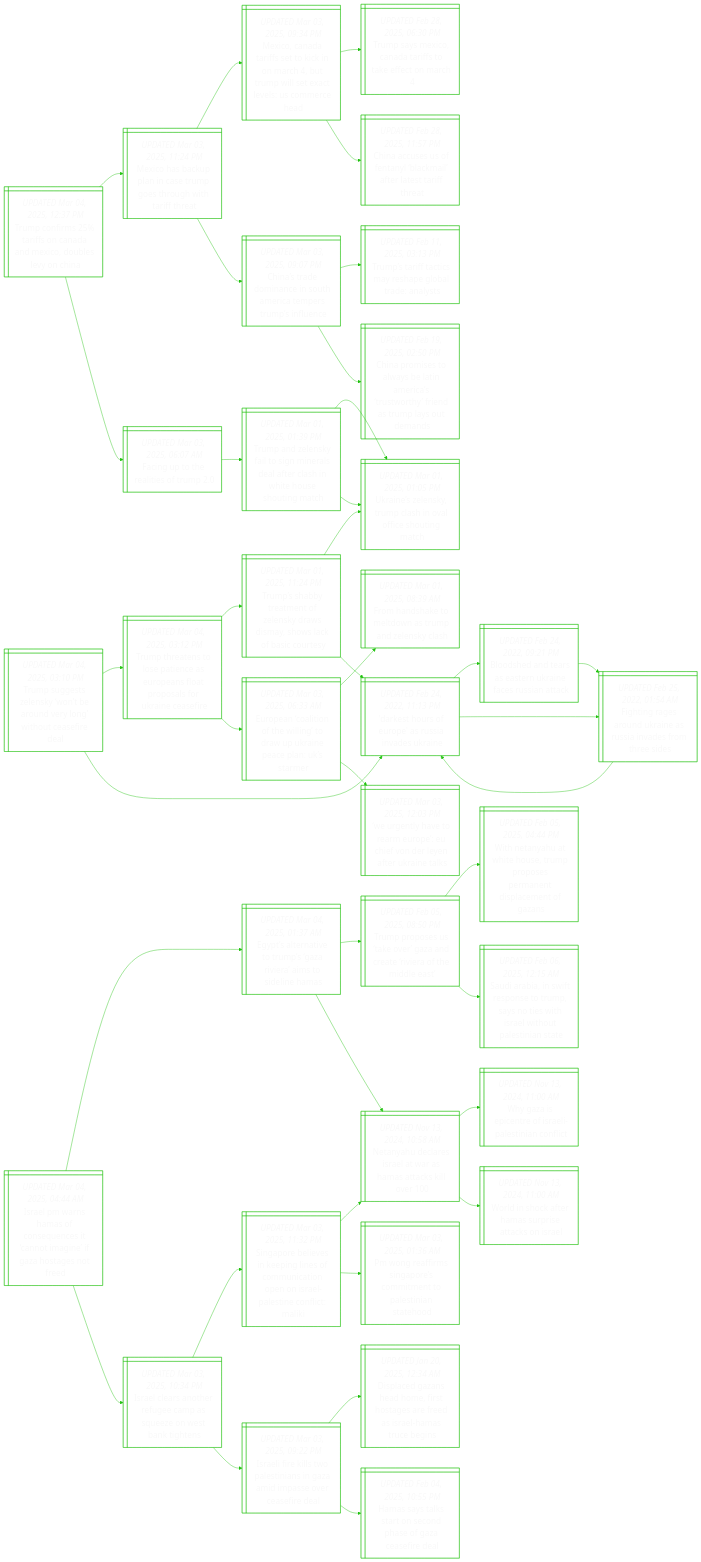
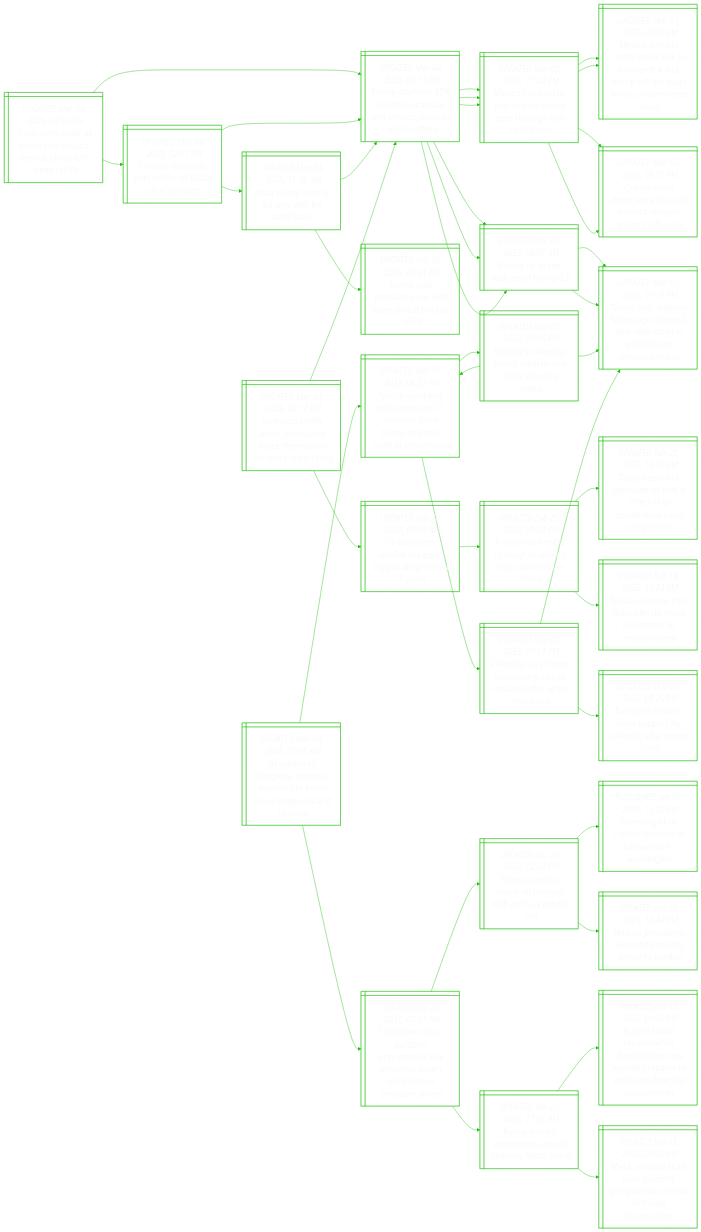
One commit to notJmes/notJmes changed the diagram in README.md. Above: the diagram before and after it, drawn with Mermaid. The commit also changed other lines of this file, not shown here.

````diff
--- a/README.md
+++ b/README.md
@@ -16,127 +16,127 @@
 flowchart LR
 classDef txtsize font-size:20px;
 
-TcrroadcbeC@{ shape: win-pane, label: "_UPDATED Mar 04, 2025, 12:37 PM_
+TwrspCacnhpf@{ shape: win-pane, label: "_UPDATED Mar 04, 2025, 07:53 PM_
+Trade wars erupt as trump hits canada, mexico, china with steep tariffs" }
+TcrroadcbeC@{ shape: win-pane, label: "_UPDATED Mar 04, 2025, 05:11 PM_
 Trump confirms 25% tariffs on canada and mexico, doubles levy on china" }
 MoapnTghhtfa@{ shape: win-pane, label: "_UPDATED Mar 03, 2025, 11:24 PM_
 Mexico has backup plan in case trump goes through with tariff threat" }
 ModieiocTwececra@{ shape: win-pane, label: "_UPDATED Mar 03, 2025, 09:34 PM_
 Mexico, canada tariffs set to kick in on march 4, but trump will set exact levels: us commerce head" }
-TseCaftfoc@{ shape: win-pane, label: "_UPDATED Feb 28, 2025, 06:30 PM_
-Trump says mexico, canada tariffs to take effect on march 4" }
-Caefalattatt@{ shape: win-pane, label: "_UPDATED Feb 28, 2025, 11:57 PM_
-China accuses us of fentanyl ‘blackmail’ after latest tariff threat" }
 Csenitresple@{ shape: win-pane, label: "_UPDATED Mar 03, 2025, 09:07 PM_
 China’s trade dominance in south america tempers trump’s influence" }
-TsftahltAs@{ shape: win-pane, label: "_UPDATED Feb 11, 2025, 03:13 PM_
-Trump’s tariff tactics may reshape global trade: analysts" }
-CpsastestheTlua@{ shape: win-pane, label: "_UPDATED Feb 19, 2025, 02:50 PM_
-China promises to always be latin america’s ‘trustworthy’ friend as trump lays out demands" }
 Fgtaer@{ shape: win-pane, label: "_UPDATED Mar 03, 2025, 06:07 AM_
 Facing up to the realities of trump 2.0" }
 TalytnretaWHsit@{ shape: win-pane, label: "_UPDATED Mar 01, 2025, 01:39 PM_
 Trump and zelensky fail to sign minerals deal after clash in white house shouting match" }
+Calstfort@{ shape: win-pane, label: "_UPDATED Mar 04, 2025, 12:11 PM_
+Canada retaliates, puts tariffs on $144b of us products" }
+TcrroadcbeC@{ shape: win-pane, label: "_UPDATED Mar 04, 2025, 05:11 PM_
+Trump confirms 25% tariffs on canada and mexico, doubles levy on china" }
+MoapnTghhtfa@{ shape: win-pane, label: "_UPDATED Mar 03, 2025, 11:24 PM_
+Mexico has backup plan in case trump goes through with tariff threat" }
+Fgtaer@{ shape: win-pane, label: "_UPDATED Mar 03, 2025, 06:07 AM_
+Facing up to the realities of trump 2.0" }
+Wriavhap@{ shape: win-pane, label: "_UPDATED Mar 04, 2025, 11:40 AM_
+What trump aims to achieve with his tariff plans" }
+TppuXhsertf@{ shape: win-pane, label: "_UPDATED Feb 28, 2025, 06:31 PM_
+Trump piles pressure on xi with latest threat to raise tariffs" }
+TcrroadcbeC@{ shape: win-pane, label: "_UPDATED Mar 04, 2025, 05:11 PM_
+Trump confirms 25% tariffs on canada and mexico, doubles levy on china" }
+
+TwrspCacnhpf:::txtsize --> TcrroadcbeC:::txtsize
+TcrroadcbeC:::txtsize --> MoapnTghhtfa:::txtsize
+MoapnTghhtfa:::txtsize --> ModieiocTwececra:::txtsize
+MoapnTghhtfa:::txtsize --> Csenitresple:::txtsize
+TcrroadcbeC:::txtsize --> Fgtaer:::txtsize
+Fgtaer:::txtsize --> TalytnretaWHsit:::txtsize
+TwrspCacnhpf:::txtsize --> Calstfort:::txtsize
+Calstfort:::txtsize --> TcrroadcbeC:::txtsize
+TcrroadcbeC:::txtsize --> MoapnTghhtfa:::txtsize
+TcrroadcbeC:::txtsize --> Fgtaer:::txtsize
+Calstfort:::txtsize --> Wriavhap:::txtsize
+Wriavhap:::txtsize --> TppuXhsertf:::txtsize
+Wriavhap:::txtsize --> TcrroadcbeC:::txtsize
+
+Amircnrhloert@{ shape: win-pane, label: "_UPDATED Mar 04, 2025, 04:18 PM_
+As trump tariffs arrive, companies brace themselves for more uncertainty" }
+TcrroadcbeC@{ shape: win-pane, label: "_UPDATED Mar 04, 2025, 05:11 PM_
+Trump confirms 25% tariffs on canada and mexico, doubles levy on china" }
+MoapnTghhtfa@{ shape: win-pane, label: "_UPDATED Mar 03, 2025, 11:24 PM_
+Mexico has backup plan in case trump goes through with tariff threat" }
+ModieiocTwececra@{ shape: win-pane, label: "_UPDATED Mar 03, 2025, 09:34 PM_
+Mexico, canada tariffs set to kick in on march 4, but trump will set exact levels: us commerce head" }
+Csenitresple@{ shape: win-pane, label: "_UPDATED Mar 03, 2025, 09:07 PM_
+China’s trade dominance in south america tempers trump’s influence" }
+Fgtaer@{ shape: win-pane, label: "_UPDATED Mar 03, 2025, 06:07 AM_
+Facing up to the realities of trump 2.0" }
+TalytnretaWHsit@{ shape: win-pane, label: "_UPDATED Mar 01, 2025, 01:39 PM_
+Trump and zelensky fail to sign minerals deal after clash in white house shouting match" }
+Uscdpbsper@{ shape: win-pane, label: "_UPDATED Feb 26, 2025, 09:19 AM_
+Us consumer confidence posts biggest drop in over 3 years" }
+TteohdhnsC@{ shape: win-pane, label: "_UPDATED Feb 25, 2025, 05:42 PM_
+Trump team seeks to toughen biden’s chip controls over china" }
+Tnsreafcoanmt@{ shape: win-pane, label: "_UPDATED Feb 20, 2025, 12:01 AM_
+Taiwan seeks to persuade us that it offers chip cooperation – not competition" }
+Tngikhrenoyp@{ shape: win-pane, label: "_UPDATED Feb 14, 2025, 04:24 PM_
+Taiwan pledges chip talks with us, more investment to mollify trump" }
+
+Amircnrhloert:::txtsize --> TcrroadcbeC:::txtsize
+TcrroadcbeC:::txtsize --> MoapnTghhtfa:::txtsize
+MoapnTghhtfa:::txtsize --> ModieiocTwececra:::txtsize
+MoapnTghhtfa:::txtsize --> Csenitresple:::txtsize
+TcrroadcbeC:::txtsize --> Fgtaer:::txtsize
+Fgtaer:::txtsize --> TalytnretaWHsit:::txtsize
+Amircnrhloert:::txtsize --> Uscdpbsper:::txtsize
+Uscdpbsper:::txtsize --> TteohdhnsC:::txtsize
+TteohdhnsC:::txtsize --> Tnsreafcoanmt:::txtsize
+TteohdhnsC:::txtsize --> Tngikhrenoyp:::txtsize
+
+IeCeuetbaDudi@{ shape: win-pane, label: "_UPDATED Mar 04, 2025, 10:05 AM_
+In speech to congress, trump is expected to boast about doge cuts and ukraine" }
+YgitlIcsTZsaWH@{ shape: win-pane, label: "_UPDATED Mar 01, 2025, 06:27 PM_
+‘you’re gambling with world war iii’: excerpts from trump-zelensky clash at white house" }
 Unlyphaiogh@{ shape: win-pane, label: "_UPDATED Mar 01, 2025, 01:05 PM_
 Ukraine’s zelensky, trump clash in oval office shouting match" }
-Unlyphaiogh@{ shape: win-pane, label: "_UPDATED Mar 01, 2025, 01:05 PM_
-Ukraine’s zelensky, trump clash in oval office shouting match" }
+TalytnretaWHsit@{ shape: win-pane, label: "_UPDATED Mar 01, 2025, 01:39 PM_
+Trump and zelensky fail to sign minerals deal after clash in white house shouting match" }
+YgitlIcsTZsaWH@{ shape: win-pane, label: "_UPDATED Mar 01, 2025, 06:27 PM_
+‘you’re gambling with world war iii’: excerpts from trump-zelensky clash at white house" }
+Zsymasaeeets@{ shape: win-pane, label: "_UPDATED Mar 01, 2025, 01:10 PM_
+Zelensky says trump relationship can be repaired after white house row" }
+TalytnretaWHsit@{ shape: win-pane, label: "_UPDATED Mar 01, 2025, 01:39 PM_
+Trump and zelensky fail to sign minerals deal after clash in white house shouting match" }
+Eeasutekems@{ shape: win-pane, label: "_UPDATED Mar 01, 2025, 08:25 PM_
+European leaders show support for zelensky after trump clash" }
+TkeasgoetrsdPdr@{ shape: win-pane, label: "_UPDATED Jan 21, 2025, 07:37 PM_
+Tiktok ban delay, pardons, immigration: key executive orders signed by us president trump" }
+TpnrlgtUii@{ shape: win-pane, label: "_UPDATED Jan 21, 2025, 12:03 PM_
+Trump pardons nearly all charged with jan 6 us capitol riot" }
+SiUiinenWn@{ shape: win-pane, label: "_PUBLISHED Jan 07, 2021, 12:55 PM_
+Storming of us capitol: timeline of key events in washington" }
+Hpdwtmyrr@{ shape: win-pane, label: "_UPDATED Jan 20, 2025, 12:44 PM_
+How us presidents wield their mighty power to pardon" }
+TcioirdsGi@{ shape: win-pane, label: "_UPDATED Jan 21, 2025, 11:27 AM_
+Trump curtails protections around diversity, lgbtq rights" }
+Asdmseetiralavtge@{ shape: win-pane, label: "_UPDATED Jan 12, 2025, 01:59 PM_
+Apple’s board recommends shareholders vote against proposal to eliminate diversity programmes" }
+MmsbiiomeTiuo@{ shape: win-pane, label: "_UPDATED Jan 11, 2025, 05:54 PM_
+Meta, amazon scale back diversity programmes ahead of trump inauguration" }
 
-TcrroadcbeC:::txtsize --> MoapnTghhtfa:::txtsize
-MoapnTghhtfa:::txtsize --> ModieiocTwececra:::txtsize
-ModieiocTwececra:::txtsize --> TseCaftfoc:::txtsize
-ModieiocTwececra:::txtsize --> Caefalattatt:::txtsize
-MoapnTghhtfa:::txtsize --> Csenitresple:::txtsize
-Csenitresple:::txtsize --> TsftahltAs:::txtsize
-Csenitresple:::txtsize --> CpsastestheTlua:::txtsize
-TcrroadcbeC:::txtsize --> Fgtaer:::txtsize
-Fgtaer:::txtsize --> TalytnretaWHsit:::txtsize
-TalytnretaWHsit:::txtsize --> Unlyphaiogh:::txtsize
-TalytnretaWHsit:::txtsize --> Unlyphaiogh:::txtsize
-
-Tsslyburgoarl@{ shape: win-pane, label: "_UPDATED Mar 04, 2025, 03:10 PM_
-Trump suggests zelensky ‘won’t be around very long’ without ceasefire deal" }
-TttopnEelrariar@{ shape: win-pane, label: "_UPDATED Mar 04, 2025, 03:12 PM_
-Trump threatens to lose patience as europeans float proposals for ukraine ceasefire" }
-Tsbatlysawksuy@{ shape: win-pane, label: "_UPDATED Mar 01, 2025, 11:24 PM_
-Trump’s shabby treatment of zelensky draws dismay, shows lack of basic courtesy" }
-Unlyphaiogh@{ shape: win-pane, label: "_UPDATED Mar 01, 2025, 01:05 PM_
-Ukraine’s zelensky, trump clash in oval office shouting match" }
-DsruasvUn@{ shape: win-pane, label: "_UPDATED Feb 24, 2022, 11:13 PM_
-'darkest hours of europe' as russia invades ukraine" }
-Eeaohlouaelsm@{ shape: win-pane, label: "_UPDATED Mar 03, 2025, 06:33 AM_
-European ‘coalition of the willing’ to draw up ukraine peace plan: uk’s starmer" }
-FaamoTalyh@{ shape: win-pane, label: "_UPDATED Mar 01, 2025, 08:39 AM_
-From handshake to meltdown as trump and zelensky clash" }
-WehomphoLaUnk@{ shape: win-pane, label: "_UPDATED Mar 03, 2025, 12:03 PM_
-‘we urgently have to rearm europe’: eu chief von der leyen after ukraine talks" }
-DsruasvUn@{ shape: win-pane, label: "_UPDATED Feb 24, 2022, 11:13 PM_
-'darkest hours of europe' as russia invades ukraine" }
-Bsnranicsak@{ shape: win-pane, label: "_UPDATED Feb 24, 2022, 09:21 PM_
-Bloodshed and tears as eastern ukraine faces russian attack" }
-Figokesnsts@{ shape: win-pane, label: "_UPDATED Feb 25, 2022, 01:54 AM_
-Fighting rages around ukraine as russia invades from three sides" }
-Figokesnsts@{ shape: win-pane, label: "_UPDATED Feb 25, 2022, 01:54 AM_
-Fighting rages around ukraine as russia invades from three sides" }
-DsruasvUn@{ shape: win-pane, label: "_UPDATED Feb 24, 2022, 11:13 PM_
-'darkest hours of europe' as russia invades ukraine" }
-
-Tsslyburgoarl:::txtsize --> TttopnEelrariar:::txtsize
-TttopnEelrariar:::txtsize --> Tsbatlysawksuy:::txtsize
-Tsbatlysawksuy:::txtsize --> Unlyphaiogh:::txtsize
-Tsbatlysawksuy:::txtsize --> DsruasvUn:::txtsize
-TttopnEelrariar:::txtsize --> Eeaohlouaelsm:::txtsize
-Eeaohlouaelsm:::txtsize --> FaamoTalyh:::txtsize
-Eeaohlouaelsm:::txtsize --> WehomphoLaUnk:::txtsize
-Tsslyburgoarl:::txtsize --> DsruasvUn:::txtsize
-DsruasvUn:::txtsize --> Bsnranicsak:::txtsize
-Bsnranicsak:::txtsize --> Figokesnsts:::txtsize
-DsruasvUn:::txtsize --> Figokesnsts:::txtsize
-Figokesnsts:::txtsize --> DsruasvUn:::txtsize
-
-Ilrmcqeainassr@{ shape: win-pane, label: "_UPDATED Mar 04, 2025, 04:44 AM_
-Israel pm warns hamas of consequences it ‘cannot imagine’ if gaza hostages not freed" }
-EsrvrGiateH@{ shape: win-pane, label: "_UPDATED Mar 04, 2025, 01:37 AM_
-Egypt’s alternative to trump’s ‘gaza riviera’ aims to sideline hamas" }
-Tpstvzceetda@{ shape: win-pane, label: "_UPDATED Feb 05, 2025, 08:50 PM_
-Trump proposes us ‘take over’ gaza and create ‘riviera of the middle east’" }
-WeaWHTpsrnpmfn@{ shape: win-pane, label: "_UPDATED Feb 05, 2025, 04:44 PM_
-With netanyahu at white house, trump proposes permanent displacement of gazans" }
-SAaiseuyitatPtne@{ shape: win-pane, label: "_UPDATED Feb 06, 2025, 12:15 AM_
-Saudi arabia, in swift response to trump, says no ties with israel without palestinian state" }
-NyeeawHakl@{ shape: win-pane, label: "_UPDATED Nov 13, 2024, 10:58 AM_
-Netanyahu declares israel at war as hamas attacks kill over 100" }
-WzptIleint@{ shape: win-pane, label: "_UPDATED Nov 13, 2024, 11:00 AM_
-Why gaza is epicentre of israeli-palestinian conflict" }
-Wiceapaks@{ shape: win-pane, label: "_UPDATED Nov 13, 2024, 11:00 AM_
-World in shock after hamas surprise attacks on israel" }
-IlrteeaenBin@{ shape: win-pane, label: "_UPDATED Mar 03, 2025, 10:34 PM_
-Israel clears another refugee camp as squeeze on west bank tightens" }
-SpeeegsmcnoalnfMi@{ shape: win-pane, label: "_UPDATED Mar 03, 2025, 11:32 PM_
-Singapore believes in keeping lines of communication open on israel-palestine conflict: maliki" }
-NyeeawHakl@{ shape: win-pane, label: "_UPDATED Nov 13, 2024, 10:58 AM_
-Netanyahu declares israel at war as hamas attacks kill over 100" }
-PgfSpctteiao@{ shape: win-pane, label: "_UPDATED Mar 03, 2025, 01:36 AM_
-Pm wong reaffirms singapore’s commitment to palestinian statehood" }
-Ilesaiszdsese@{ shape: win-pane, label: "_UPDATED Mar 03, 2025, 09:22 PM_
-Israeli fire kills two palestinians in gaza amid impasse over ceasefire deal" }
-Daahorssrseaci@{ shape: win-pane, label: "_UPDATED Jan 20, 2025, 12:34 AM_
-Displaced gazans head home, first hostages are freed as israel-hamas truce begins" }
-Hsatnnsaarl@{ shape: win-pane, label: "_UPDATED Feb 04, 2025, 10:55 PM_
-Hamas says talks start on second phase of gaza ceasefire deal" }
-
-Ilrmcqeainassr:::txtsize --> EsrvrGiateH:::txtsize
-EsrvrGiateH:::txtsize --> Tpstvzceetda:::txtsize
-Tpstvzceetda:::txtsize --> WeaWHTpsrnpmfn:::txtsize
-Tpstvzceetda:::txtsize --> SAaiseuyitatPtne:::txtsize
-EsrvrGiateH:::txtsize --> NyeeawHakl:::txtsize
-NyeeawHakl:::txtsize --> WzptIleint:::txtsize
-NyeeawHakl:::txtsize --> Wiceapaks:::txtsize
-Ilrmcqeainassr:::txtsize --> IlrteeaenBin:::txtsize
-IlrteeaenBin:::txtsize --> SpeeegsmcnoalnfMi:::txtsize
-SpeeegsmcnoalnfMi:::txtsize --> NyeeawHakl:::txtsize
-SpeeegsmcnoalnfMi:::txtsize --> PgfSpctteiao:::txtsize
-IlrteeaenBin:::txtsize --> Ilesaiszdsese:::txtsize
-Ilesaiszdsese:::txtsize --> Daahorssrseaci:::txtsize
-Ilesaiszdsese:::txtsize --> Hsatnnsaarl:::txtsize
+IeCeuetbaDudi:::txtsize --> YgitlIcsTZsaWH:::txtsize
+YgitlIcsTZsaWH:::txtsize --> Unlyphaiogh:::txtsize
+Unlyphaiogh:::txtsize --> TalytnretaWHsit:::txtsize
+Unlyphaiogh:::txtsize --> YgitlIcsTZsaWH:::txtsize
+YgitlIcsTZsaWH:::txtsize --> Zsymasaeeets:::txtsize
+Zsymasaeeets:::txtsize --> TalytnretaWHsit:::txtsize
+Zsymasaeeets:::txtsize --> Eeasutekems:::txtsize
+IeCeuetbaDudi:::txtsize --> TkeasgoetrsdPdr:::txtsize
+TkeasgoetrsdPdr:::txtsize --> TpnrlgtUii:::txtsize
+TpnrlgtUii:::txtsize --> SiUiinenWn:::txtsize
+TpnrlgtUii:::txtsize --> Hpdwtmyrr:::txtsize
+TkeasgoetrsdPdr:::txtsize --> TcioirdsGi:::txtsize
+TcioirdsGi:::txtsize --> Asdmseetiralavtge:::txtsize
+TcioirdsGi:::txtsize --> MmsbiiomeTiuo:::txtsize
 
 ```
````
